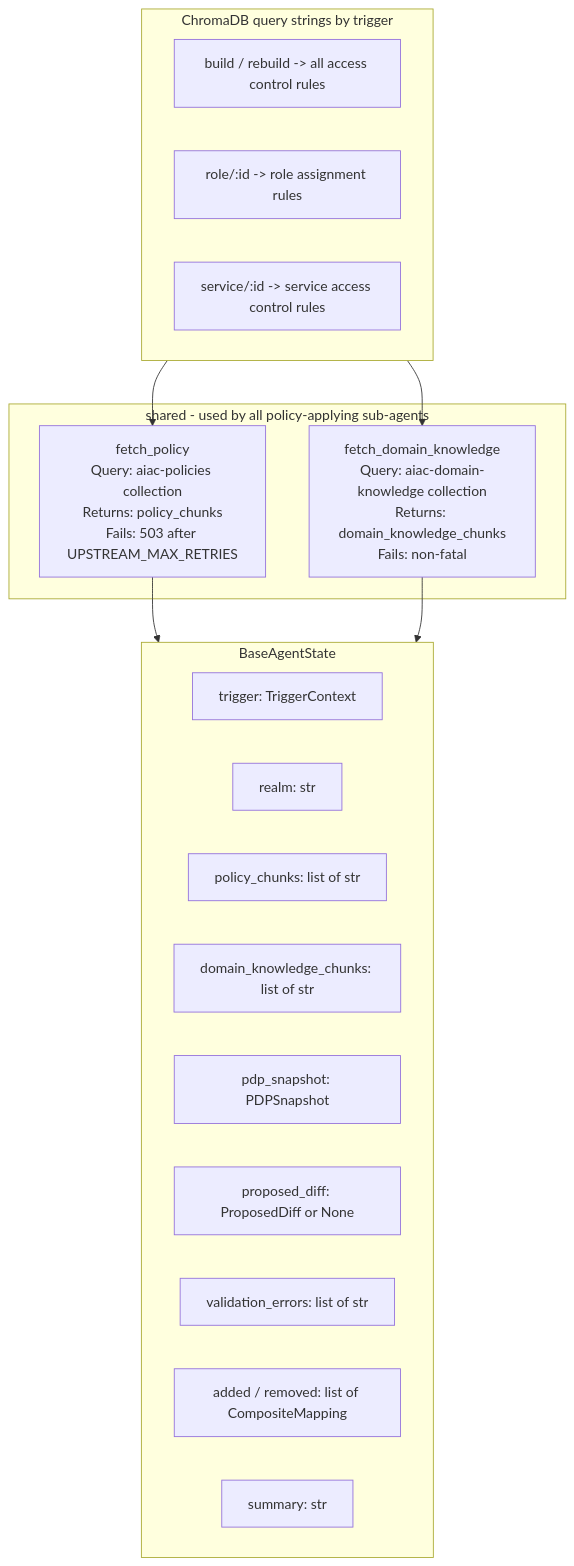
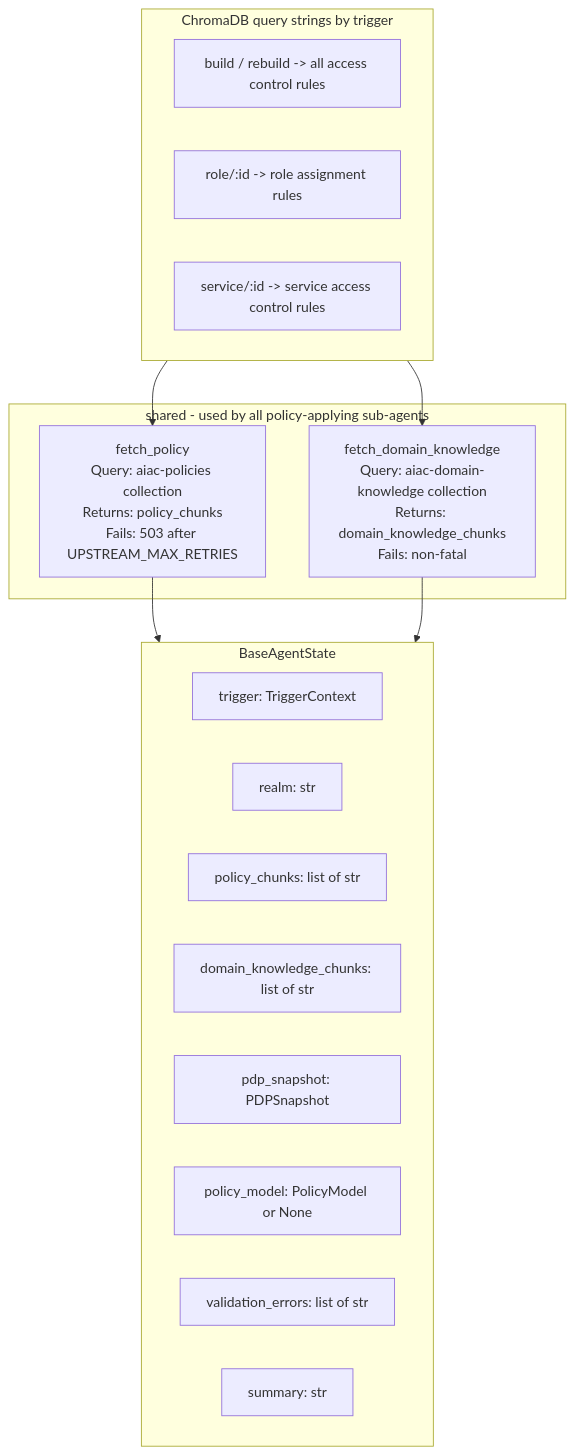
One commit to rossoctl/aiac changed the second of 3 diagrams in inception/requirements/components/aiac-agent.md. Above: the diagram before and after it, drawn with Mermaid. The commit also changed other lines of this file, not shown here.

First line of the commit message:
docs: fix Mermaid node ID conflict in aiac-agent.md

````diff
--- a/inception/requirements/components/aiac-agent.md
+++ b/inception/requirements/components/aiac-agent.md
@@ -127,29 +127,28 @@
 ```mermaid
 flowchart TD
     subgraph SHARED["shared - used by all policy-applying sub-agents"]
         FP["fetch_policy\nQuery: aiac-policies collection\nReturns: policy_chunks\nFails: 503 after UPSTREAM_MAX_RETRIES"]
         FDK["fetch_domain_knowledge\nQuery: aiac-domain-knowledge collection\nReturns: domain_knowledge_chunks\nFails: non-fatal"]
     end
 
     subgraph STATE["BaseAgentState"]
         S1["trigger: TriggerContext"]
         S2["realm: str"]
         S3["policy_chunks: list of str"]
         S4["domain_knowledge_chunks: list of str"]
         S5["pdp_snapshot: PDPSnapshot"]
-        S6["proposed_diff: ProposedDiff or None"]
+        S6["policy_model: PolicyModel or None"]
         S7["validation_errors: list of str"]
-        S8["added / removed: list of CompositeMapping"]
-        S9["summary: str"]
+        S8["summary: str"]
     end
 
     subgraph QUERY_KEYS["ChromaDB query strings by trigger"]
         Q1["build / rebuild -> all access control rules"]
         Q2["role/:id -> role assignment rules"]
         Q3["service/:id -> service access control rules"]
     end
 
     FP & FDK --> STATE
     QUERY_KEYS --> FP
     QUERY_KEYS --> FDK
 ```
````
